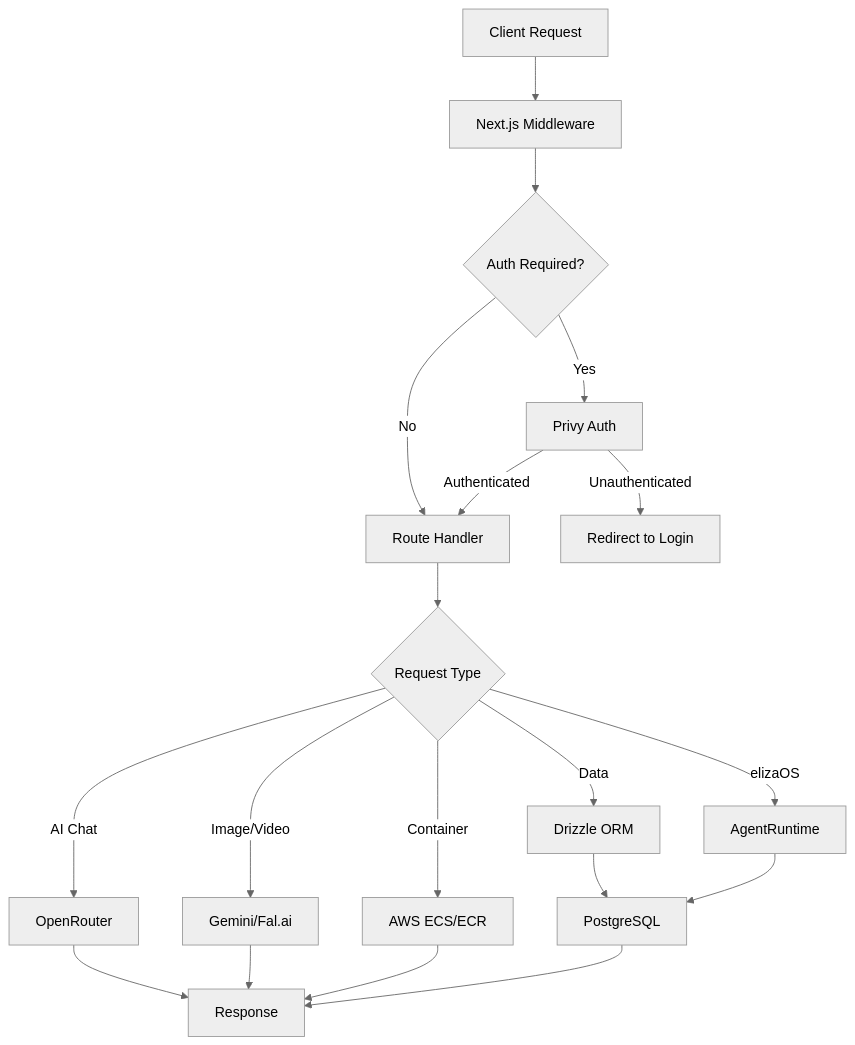
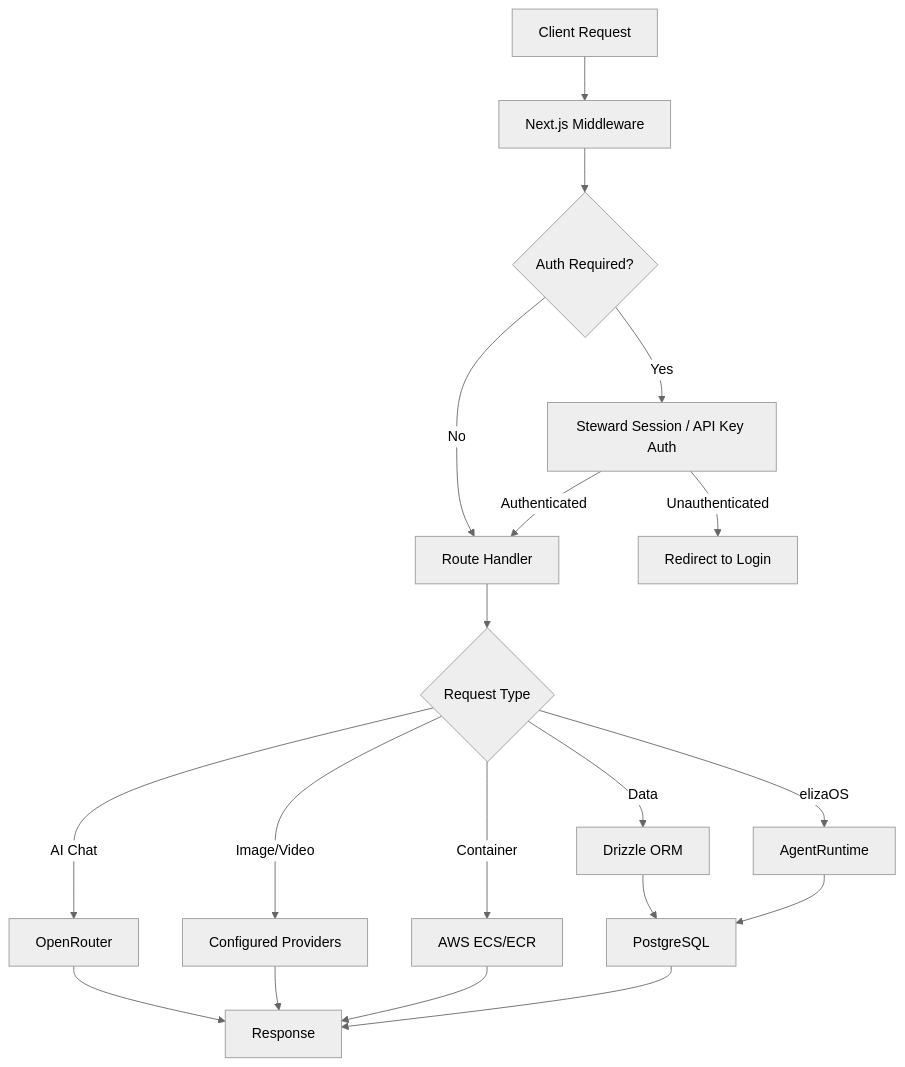
The diagram in cloud/README.md (elizaOS/eliza), drawn with Mermaid (neutral theme) before and after one commit. The commit also changed other lines of this file and 1323 other files, not shown here.

````diff
--- a/cloud/README.md
+++ b/cloud/README.md
@@ -253,21 +252,21 @@
 ```mermaid
 graph TD
     A[Client Request] --> B[Next.js Middleware]
     B --> C{Auth Required?}
-    C -->|Yes| D[Privy Auth]
+    C -->|Yes| D[Steward Session / API Key Auth]
     C -->|No| E[Route Handler]
     D -->|Authenticated| E
     D -->|Unauthenticated| F[Redirect to Login]
     E --> G{Request Type}
     G -->|AI Chat| H[OpenRouter]
-    G -->|Image/Video| I[Gemini/Fal.ai]
+    G -->|Image/Video| I[Configured Providers]
     G -->|Data| J[Drizzle ORM]
     G -->|Container| K[AWS ECS/ECR]
     G -->|elizaOS| L[AgentRuntime]
     H --> M[Response]
     I --> M
     J --> N[PostgreSQL]
     K --> M
     L --> N
     N --> M
 ```
````
